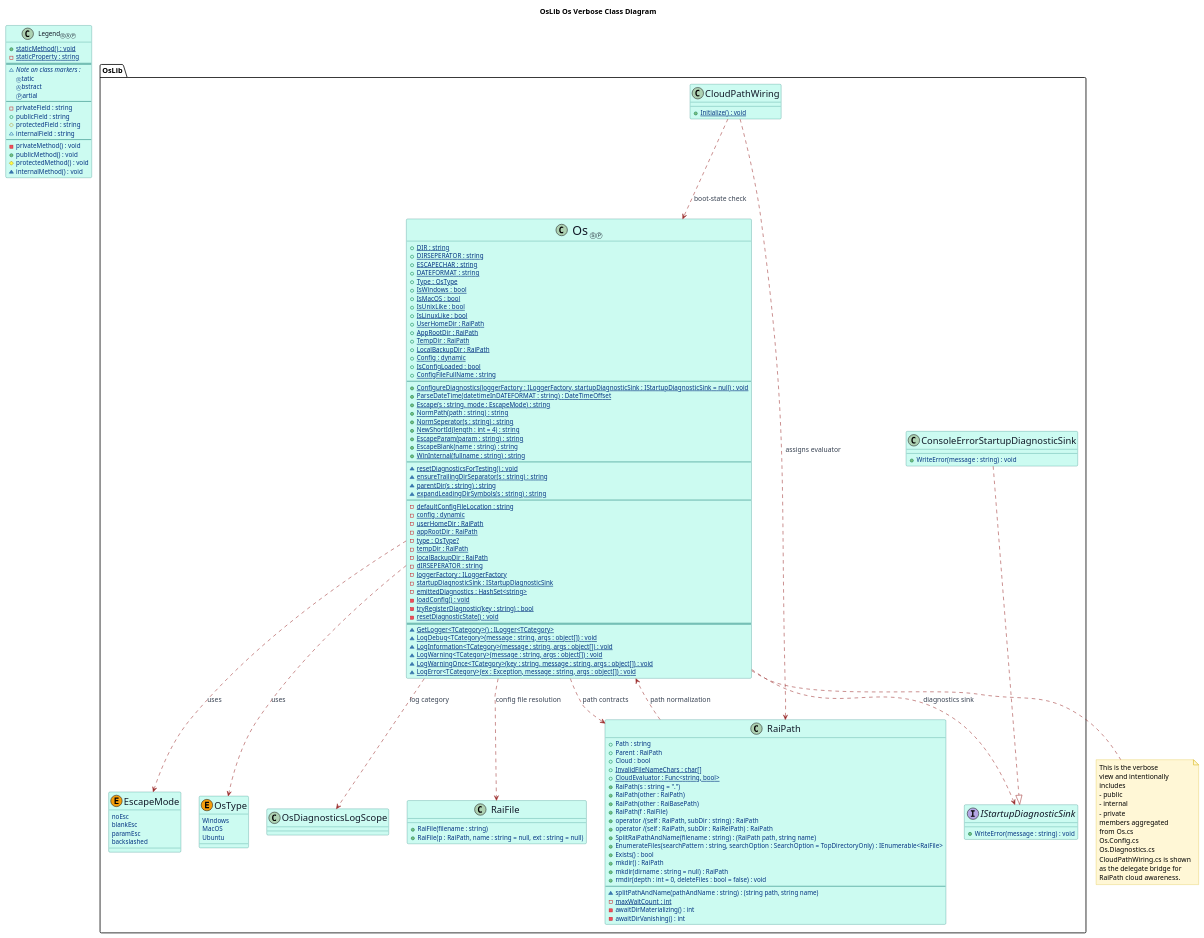
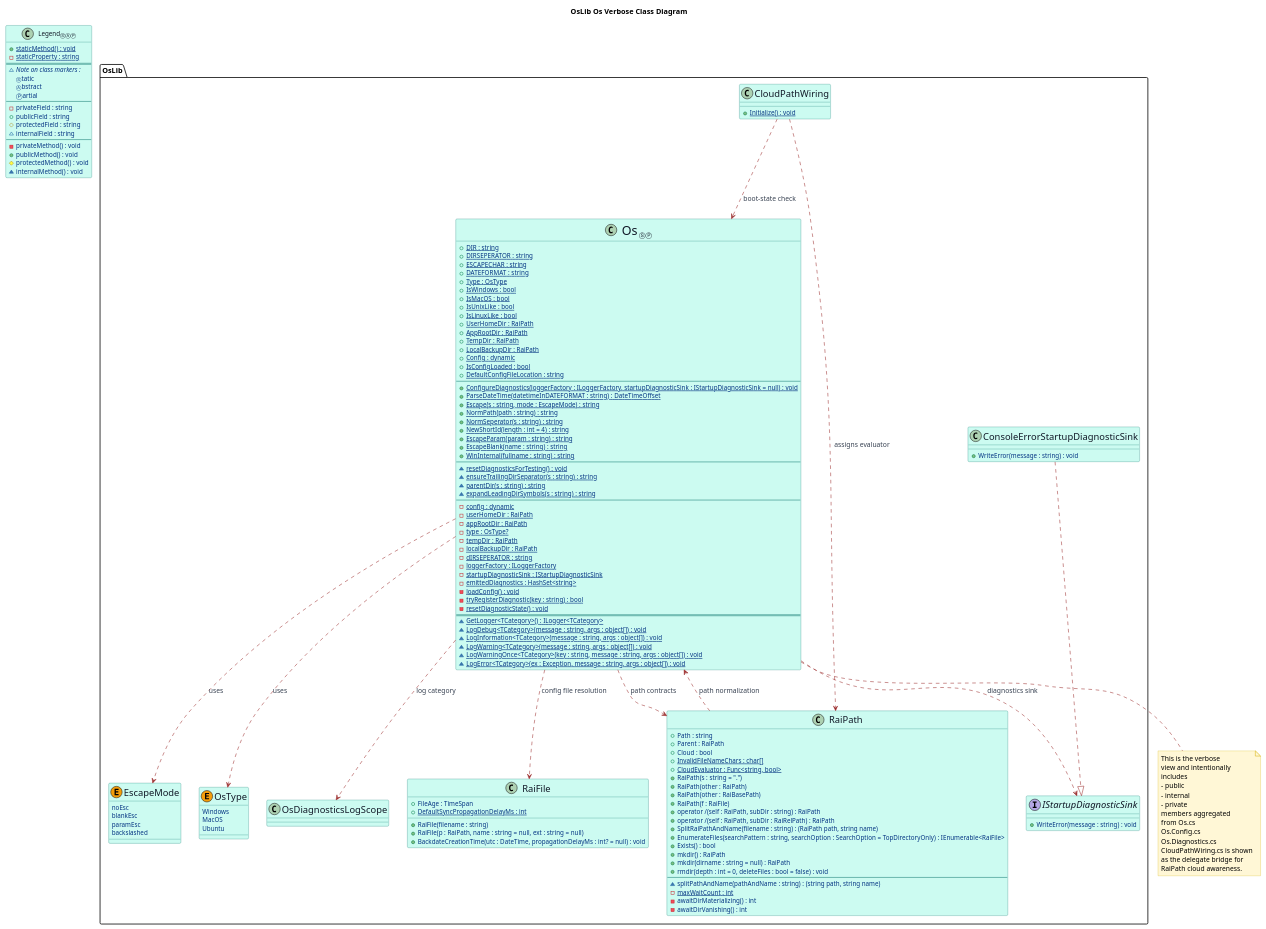
The diagram in Os-verboseCD.puml (Burkhardt/OsLib), drawn with PlantUML before and after one commit. The commit also changed 8 other files, not shown here.

```diff
--- a/Os-verboseCD.puml
+++ b/Os-verboseCD.puml
@@ -1,198 +1,200 @@
 @startuml OsLib-Os-Verbose-ClassDiagram
-' Release: 3.7.5
+' Release: 3.7.6
 
 title OsLib Os Verbose Class Diagram
 
 skinparam backgroundColor white
 skinparam shadowing false
 skinparam DiagramFontName "Casual"
 skinparam DiagramFontSize 36
 skinparam ClassFontName "Casual"
 skinparam ClassFontSize 36
 skinparam ClassAttributeIconSize 10
 skinparam ClassAttributeFontName Casual
 skinparam ClassAttributeFontColor #053583
 skinparam ClassAttributeFontWeight normal
 skinparam ClassAttributeFontSize 12
 skinparam ClassMethodFontName "Casual"
 skinparam ClassMethodFontSize 12
 skinparam ClassMethodFontWeight 500
 skinparam ClassAttributeFontStyle normal
 skinparam ClassBorderColor #0f766e
 skinparam ClassBackgroundColor #ccfbf1
 skinparam ClassFontColor #111827
 skinparam EnumBorderColor #b45309
 skinparam EnumBackgroundColor #fef3c7
 skinparam EnumFontColor #7c2d12
 skinparam NoteBackgroundColor #fff7d6
 skinparam NoteBorderColor #d4b106
 skinparam ArrowColor #9b2c2c
 skinparam ArrowFontColor #374151
 skinparam ArrowFontName "Casual"
 
 show circle
 
 package "OsLib" {
 	enum "<size:18>EscapeMode</size>" as EscapeMode << (E,#f59e0b) >> {
 		noEsc
 		blankEsc
 		paramEsc
 		backslashed
 	}
 
 	enum "<size:18>OsType</size>" as OsType << (E,#f59e0b) >> {
 		Windows
 		MacOS
 		Ubuntu
 	}
 
 	interface "<size:18>IStartupDiagnosticSink</size>" as IStartupDiagnosticSink {
 		+WriteError(message : string) : void
 	}
 
 	class "<size:18>ConsoleErrorStartupDiagnosticSink</size>" as ConsoleErrorStartupDiagnosticSink {
 		+WriteError(message : string) : void
 	}
 
 	class "<size:18>OsDiagnosticsLogScope</size>" as OsDiagnosticsLogScope {
 	}
 
 	class "<size:18>CloudPathWiring</size>" as CloudPathWiring {
 		+{static} Initialize() : void
 	}
 
 	class "<size:18>RaiPath</size>" as RaiPath {
 		+Path : string
 		+Parent : RaiPath
 		+Cloud : bool
 		+{static} InvalidFileNameChars : char[]
 		+{static} CloudEvaluator : Func<string, bool>
 		+RaiPath(s : string = ".")
 		+RaiPath(other : RaiPath)
 		+RaiPath(other : RaiBasePath)
 		+RaiPath(f : RaiFile)
 		+operator /(self : RaiPath, subDir : string) : RaiPath
 		+operator /(self : RaiPath, subDir : RaiRelPath) : RaiPath
 		+SplitRaiPathAndName(filename : string) : (RaiPath path, string name)
 		+EnumerateFiles(searchPattern : string, searchOption : SearchOption = TopDirectoryOnly) : IEnumerable<RaiFile>
 		+Exists() : bool
 		+mkdir() : RaiPath
 		+mkdir(dirname : string = null) : RaiPath
 		+rmdir(depth : int = 0, deleteFiles : bool = false) : void
 		--
 		~splitPathAndName(pathAndName : string) : (string path, string name)
 		-{static} maxWaitCount : int
 		-awaitDirMaterializing() : int
 		-awaitDirVanishing() : int
 	}
 
 	class "<size:18>RaiFile</size>" as RaiFile {
 		+RaiFile(filename : string)
 		+RaiFile(p : RaiPath, name : string = null, ext : string = null)
+		+FileAge : TimeSpan
+		+{static} DefaultSyncPropagationDelayMs : int
+		+BackdateCreationTime(utc : DateTime, propagationDelayMs : int? = null) : void
 	}
 
 	class "<size:24>Os</size> ⓈⓅ" as Os {
 		+{static} DIR : string
 		+{static} DIRSEPERATOR : string
 		+{static} ESCAPECHAR : string
 		+{static} DATEFORMAT : string
 		+{static} Type : OsType
 		+{static} IsWindows : bool
 		+{static} IsMacOS : bool
 		+{static} IsUnixLike : bool
 		+{static} IsLinuxLike : bool
 		+{static} UserHomeDir : RaiPath
 		+{static} AppRootDir : RaiPath
 		+{static} TempDir : RaiPath
 		+{static} LocalBackupDir : RaiPath
 		+{static} Config : dynamic
 		+{static} IsConfigLoaded : bool
-		+{static} ConfigFileFullName : string
+		+{static} DefaultConfigFileLocation : string
 		--
 		+{static} ConfigureDiagnostics(loggerFactory : ILoggerFactory, startupDiagnosticSink : IStartupDiagnosticSink = null) : void
 		+{static} ParseDateTime(datetimeInDATEFORMAT : string) : DateTimeOffset
 		+{static} Escape(s : string, mode : EscapeMode) : string
 		+{static} NormPath(path : string) : string
 		+{static} NormSeperator(s : string) : string
 		+{static} NewShortId(length : int = 4) : string
 		+{static} EscapeParam(param : string) : string
 		+{static} EscapeBlank(name : string) : string
 		+{static} WinInternal(fullname : string) : string
 		--
 		~{static} resetDiagnosticsForTesting() : void
 		~{static} ensureTrailingDirSeparator(s : string) : string
 		~{static} parentDir(s : string) : string
 		~{static} expandLeadingDirSymbols(s : string) : string
 		--
-		-{static} defaultConfigFileLocation : string
 		-{static} config : dynamic
 		-{static} userHomeDir : RaiPath
 		-{static} appRootDir : RaiPath
 		-{static} type : OsType?
 		-{static} tempDir : RaiPath
 		-{static} localBackupDir : RaiPath
 		-{static} dIRSEPERATOR : string
 		-{static} loggerFactory : ILoggerFactory
 		-{static} startupDiagnosticSink : IStartupDiagnosticSink
 		-{static} emittedDiagnostics : HashSet<string>
 		-{static} loadConfig() : void
 		-{static} tryRegisterDiagnostic(key : string) : bool
 		-{static} resetDiagnosticState() : void
 		===
 		~{static} GetLogger<TCategory>() : ILogger<TCategory>
 		~{static} LogDebug<TCategory>(message : string, args : object[]) : void
 		~{static} LogInformation<TCategory>(message : string, args : object[]) : void
 		~{static} LogWarning<TCategory>(message : string, args : object[]) : void
 		~{static} LogWarningOnce<TCategory>(key : string, message : string, args : object[]) : void
 		~{static} LogError<TCategory>(ex : Exception, message : string, args : object[]) : void
 	}
 }
 
 ConsoleErrorStartupDiagnosticSink ..|> IStartupDiagnosticSink
 Os ..> EscapeMode : uses
 Os ..> OsType : uses
 Os ..> RaiPath : path contracts
 Os ..> RaiFile : config file resolution
 Os ..> IStartupDiagnosticSink : diagnostics sink
 Os ..> OsDiagnosticsLogScope : log category
 CloudPathWiring ..> Os : boot-state check
 CloudPathWiring ..> RaiPath : assigns evaluator
 RaiPath ..> Os : path normalization
 
 class "Legend<size:10>ⓈⒶⓅ</size>" as LegendSample {
 	+{static} staticMethod() : void
 	-{static} staticProperty : string
 	==
 	~<i>Note on class markers :</i>
 	<size:10>Ⓢ</size>tatic
 	<size:10>Ⓐ</size>bstract
 	Ⓟartial
 	--
 	- privateField : string
 	+ publicField : string
 	# protectedField : string
 	~ internalField : string
 	--
 	- privateMethod() : void
 	+ publicMethod() : void
 	# protectedMethod() : void
 	~ internalMethod() : void
 }
 
 note bottom of Os
 	This is the verbose
 	view and intentionally
 	includes
 	- public
 	- internal
 	- private
 	members aggregated
 	from Os.cs
 	Os.Config.cs
 	Os.Diagnostics.cs
 	CloudPathWiring.cs is shown
 	as the delegate bridge for
 	RaiPath cloud awareness.
 end note
 
 @enduml
```
